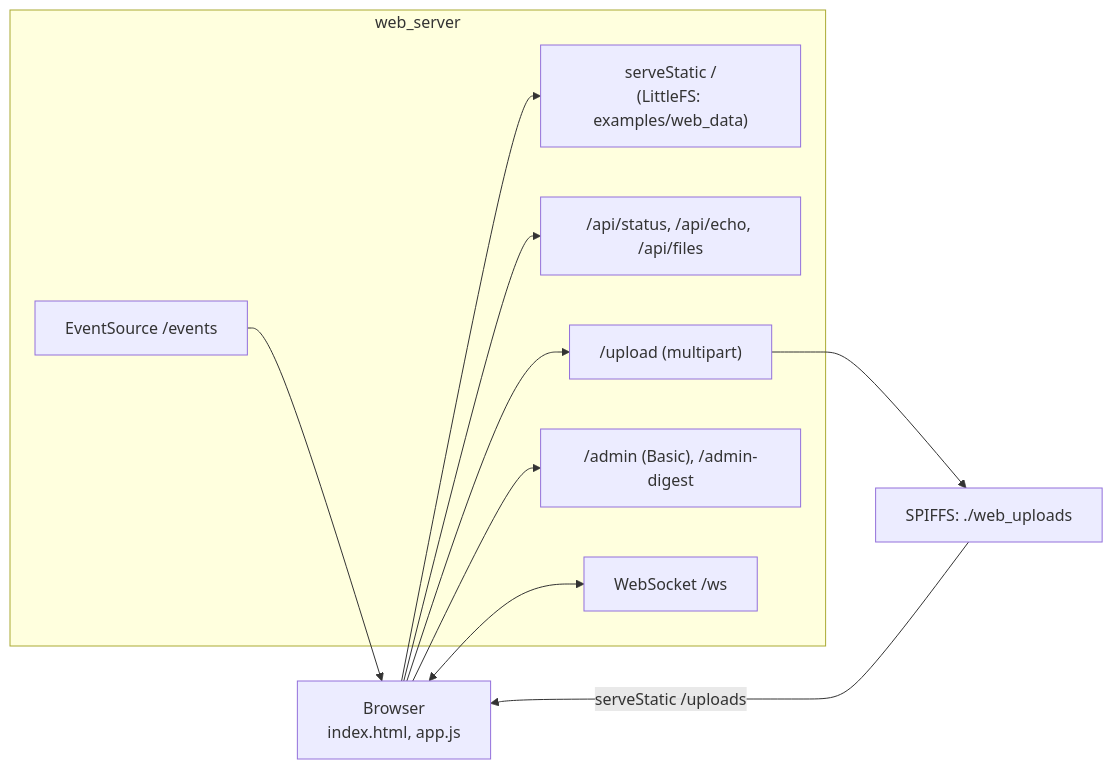
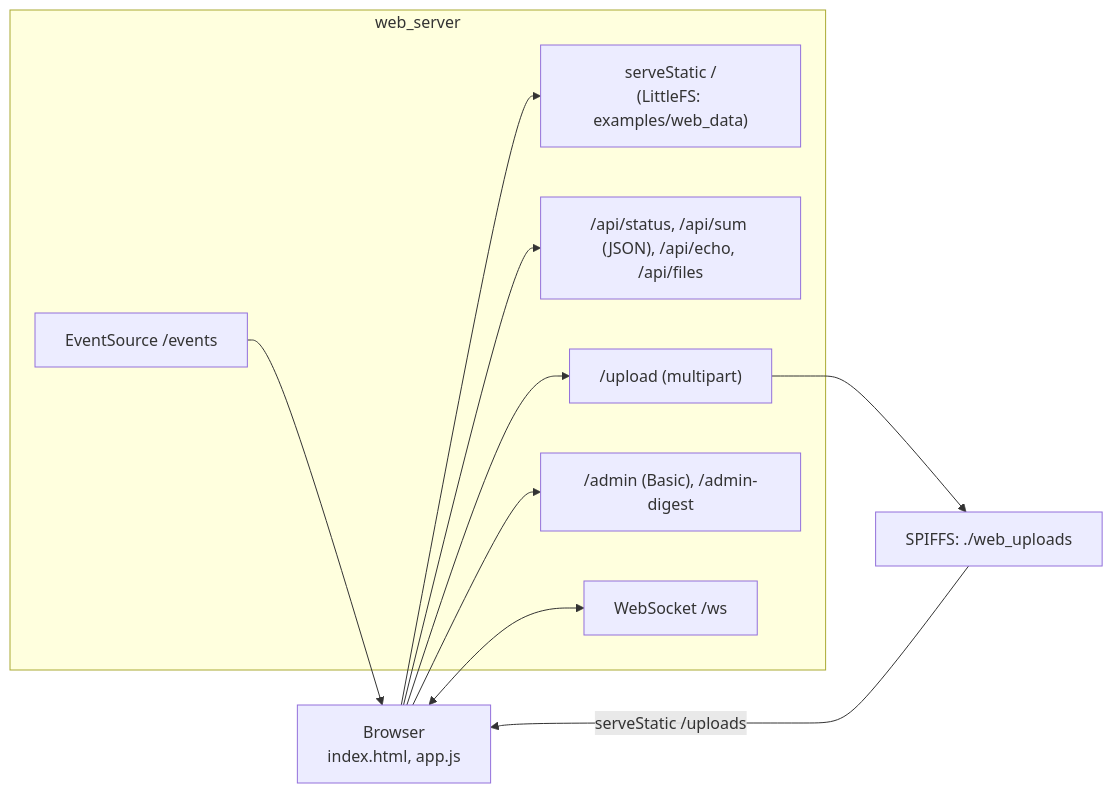
Before and after one commit to JasonBolbach/ESPAsyncEmu: the first of 2 diagrams in wiki/Examples.md, drawn with Mermaid. The commit also changed other lines of this file and 41 other files, not shown here.

````diff
--- a/wiki/Examples.md
+++ b/wiki/Examples.md
@@ -30,21 +30,21 @@
 ```mermaid
 flowchart LR
     browser["Browser<br/>index.html, app.js"]
     subgraph srv["web_server"]
         static["serveStatic /<br/>(LittleFS: examples/web_data)"]
-        api["/api/status, /api/echo, /api/files"]
+        api["/api/status, /api/sum (JSON), /api/echo, /api/files"]
         upl["/upload (multipart)"]
         adm["/admin (Basic), /admin-digest"]
         ws["WebSocket /ws"]
         sse["EventSource /events"]
     end
     store["SPIFFS: ./web_uploads"]
     browser --> static
     browser --> api
     browser --> upl
     browser --> adm
     browser <--> ws
     sse --> browser
     upl --> store
     store -->|"serveStatic /uploads"| browser
 ```
````
